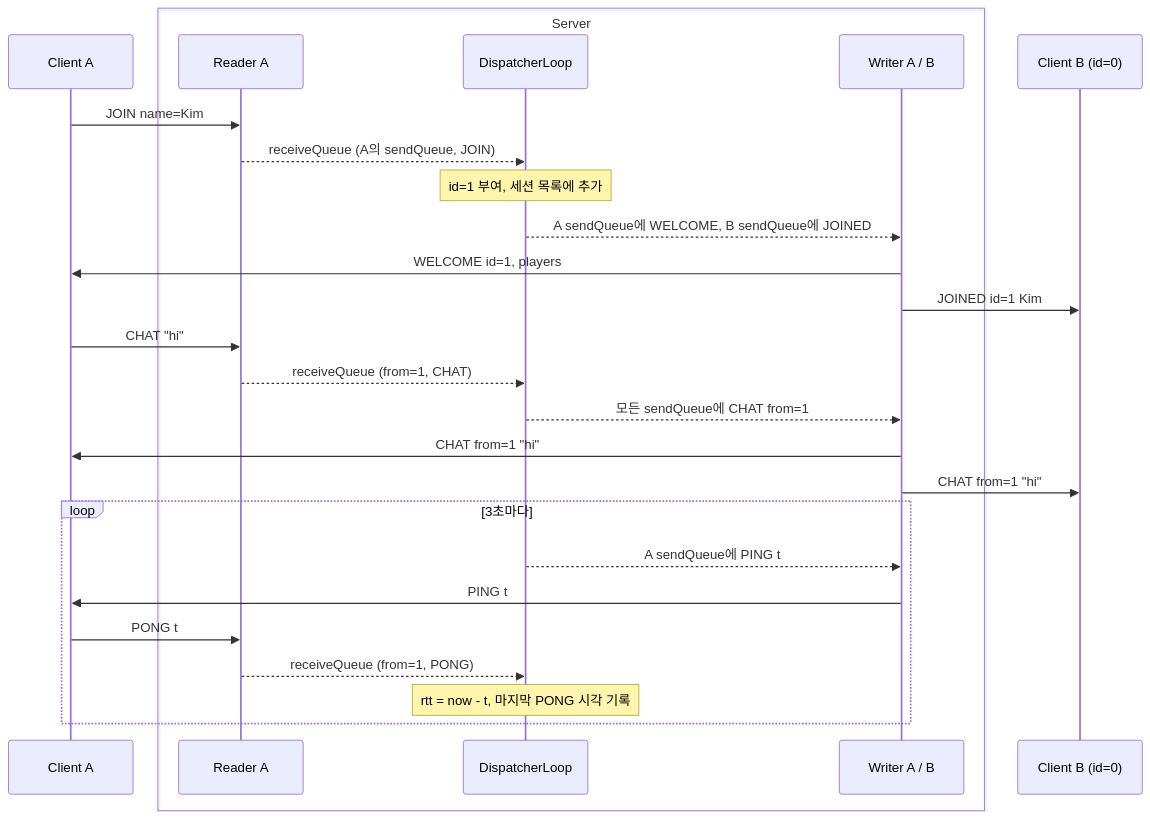
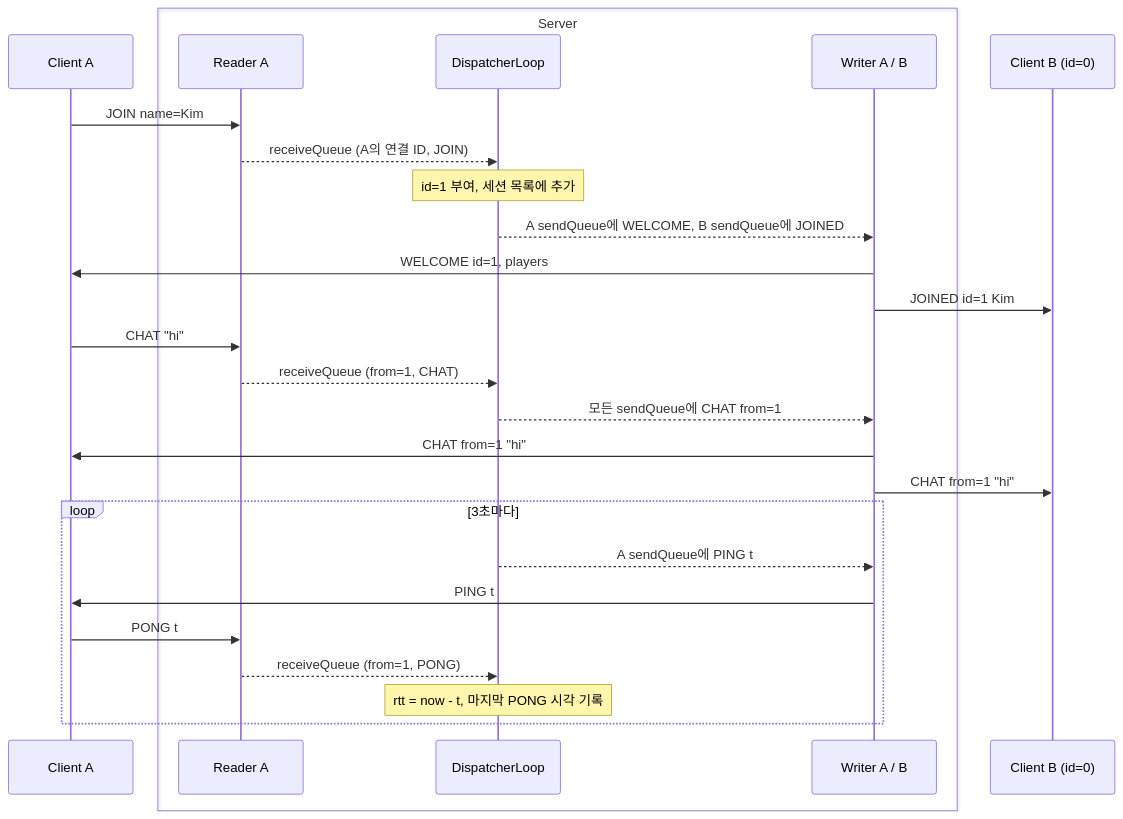
Before and after one commit to networkMinigame/minigame: the first of 2 diagrams in docs/thread-diagram/v1/protocol.md, drawn with Mermaid. The commit also changed other lines of this file and 12 other files, not shown here.

````diff
--- a/docs/thread-diagram/v1/protocol.md
+++ b/docs/thread-diagram/v1/protocol.md
@@ -12,31 +12,31 @@
 ```mermaid
 sequenceDiagram
     participant A as Client A
     box Server
         participant RA as Reader A
         participant GL as DispatcherLoop
         participant SQ as Writer A / B
     end
     participant B as Client B (id=0)
 
     A->>RA: JOIN name=Kim
-    RA-->>GL: receiveQueue (A의 sendQueue, JOIN)
+    RA-->>GL: receiveQueue (A의 연결 ID, JOIN)
     Note over GL: id=1 부여, 세션 목록에 추가
     GL-->>SQ: A sendQueue에 WELCOME, B sendQueue에 JOINED
     SQ->>A: WELCOME id=1, players
     SQ->>B: JOINED id=1 Kim
 
     A->>RA: CHAT "hi"
     RA-->>GL: receiveQueue (from=1, CHAT)
     GL-->>SQ: 모든 sendQueue에 CHAT from=1
     SQ->>A: CHAT from=1 "hi"
     SQ->>B: CHAT from=1 "hi"
 
     loop 3초마다
         GL-->>SQ: A sendQueue에 PING t
         SQ->>A: PING t
         A->>RA: PONG t
         RA-->>GL: receiveQueue (from=1, PONG)
         Note over GL: rtt = now - t, 마지막 PONG 시각 기록
     end
 ```
````
